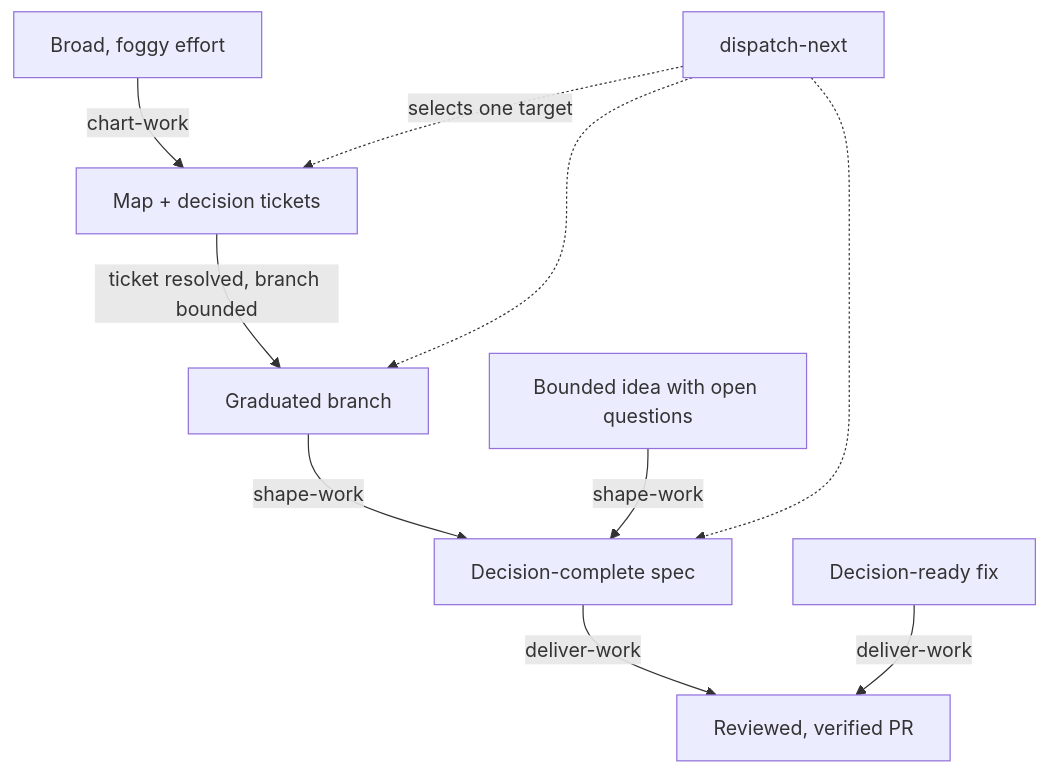
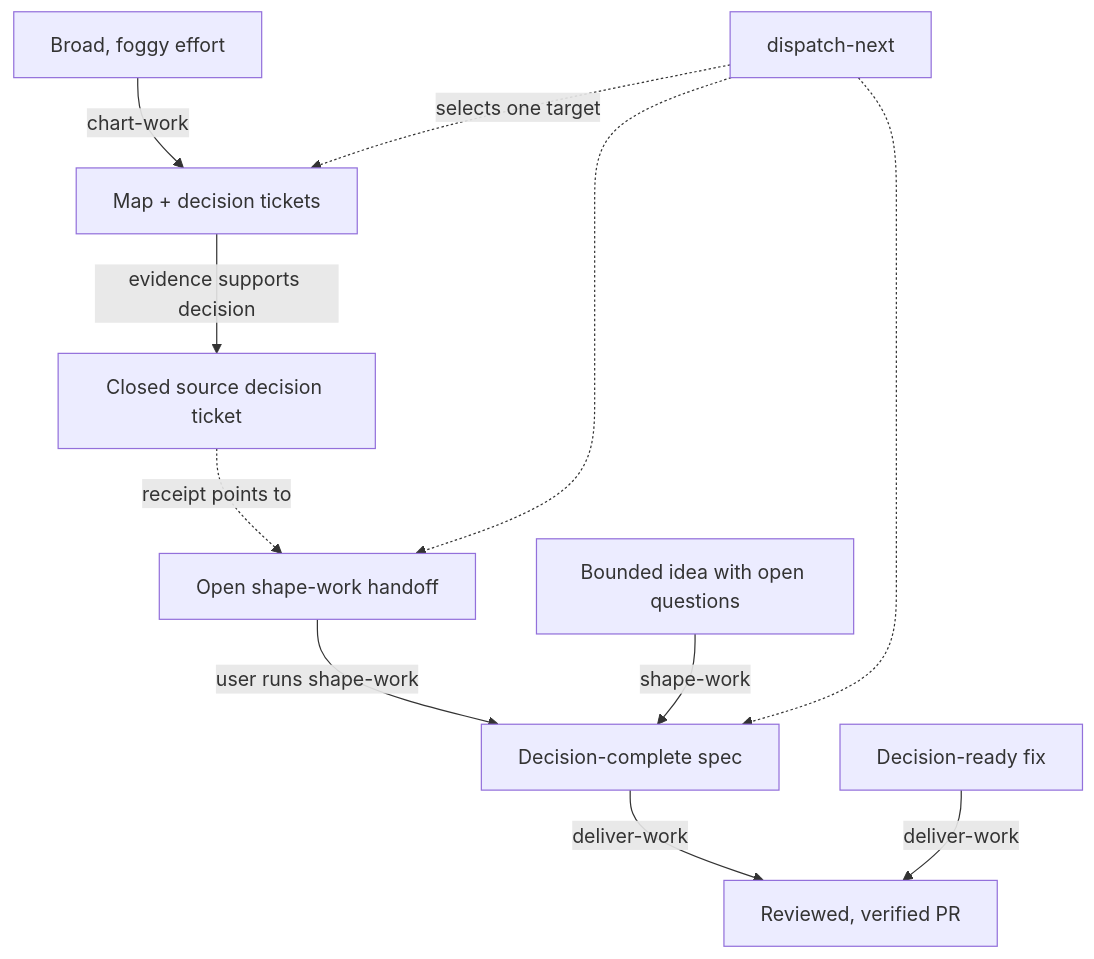
Before and after one commit to sockulags/agent-os: the diagram in docs-site/guide/the-work-loop.md, drawn with Mermaid. The commit also changed other lines of this file and 13 other files, not shown here.

Commit message:
Define prototype evidence and shape-work handoffs

````diff
--- a/docs-site/guide/the-work-loop.md
+++ b/docs-site/guide/the-work-loop.md
@@ -7,12 +7,13 @@
 ```mermaid
 flowchart TD
     A[Broad, foggy effort] -->|chart-work| B[Map + decision tickets]
-    B -->|ticket resolved, branch bounded| C[Graduated branch]
-    C -->|shape-work| D[Decision-complete spec]
+    B -->|evidence supports decision| C[Closed source decision ticket]
+    C -.->|receipt points to| H[Open shape-work handoff]
+    H -->|user runs shape-work| D[Decision-complete spec]
     A2[Bounded idea with open questions] -->|shape-work| D
     D -->|deliver-work| E[Reviewed, verified PR]
     A3[Decision-ready fix] -->|deliver-work| E
     F[dispatch-next] -.->|selects one target| B
-    F -.-> C
+    F -.-> H
     F -.-> D
 ```
````
